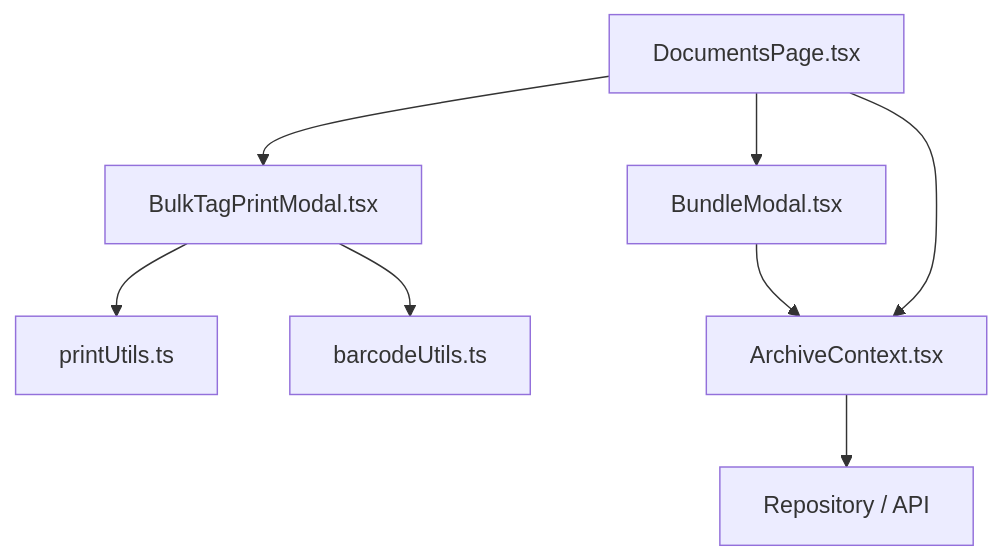
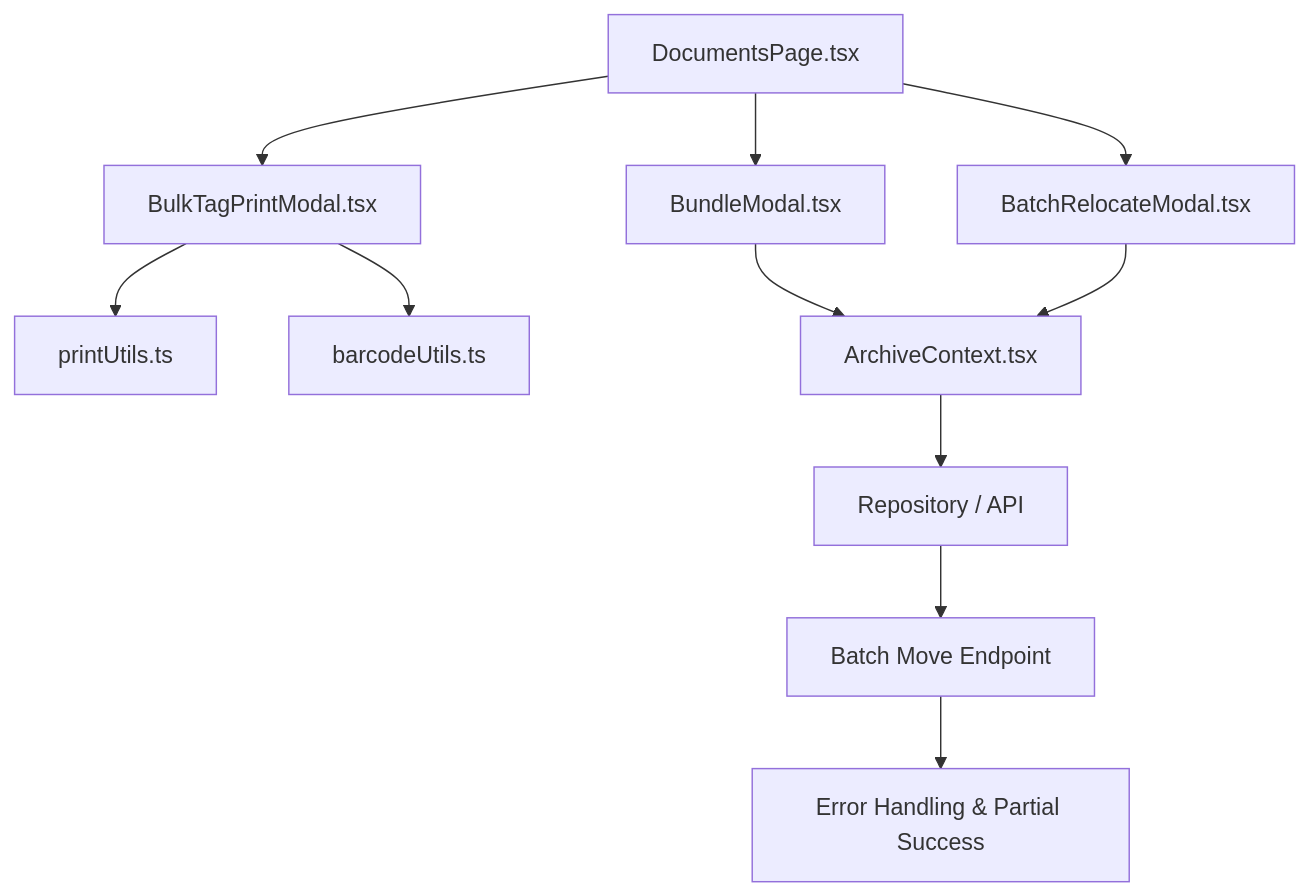
One commit to djahasiel101600/archivehub changed the first of 8 diagrams in .qoder/repowiki/en/content/Core Features/Document Management/Bulk Operations.md. Above: the diagram before and after it, drawn with Mermaid. The commit also changed other lines of this file and 12 other files, not shown here.

````diff
--- a/.qoder/repowiki/en/content/Core Features/Document Management/Bulk Operations.md
+++ b/.qoder/repowiki/en/content/Core Features/Document Management/Bulk Operations.md
@@ -37,10 +50,13 @@
 ```mermaid
 graph TB
 A["DocumentsPage.tsx"] --> B["BulkTagPrintModal.tsx"]
 A --> C["BundleModal.tsx"]
-B --> D["printUtils.ts"]
-B --> E["barcodeUtils.ts"]
-C --> F["ArchiveContext.tsx"]
-A --> F
-F --> G["Repository / API"]
+A --> D["BatchRelocateModal.tsx"]
+B --> E["printUtils.ts"]
+B --> F["barcodeUtils.ts"]
+C --> G["ArchiveContext.tsx"]
+D --> G
+G --> H["Repository / API"]
+H --> I["Batch Move Endpoint"]
+I --> J["Error Handling & Partial Success"]
 ```
````
